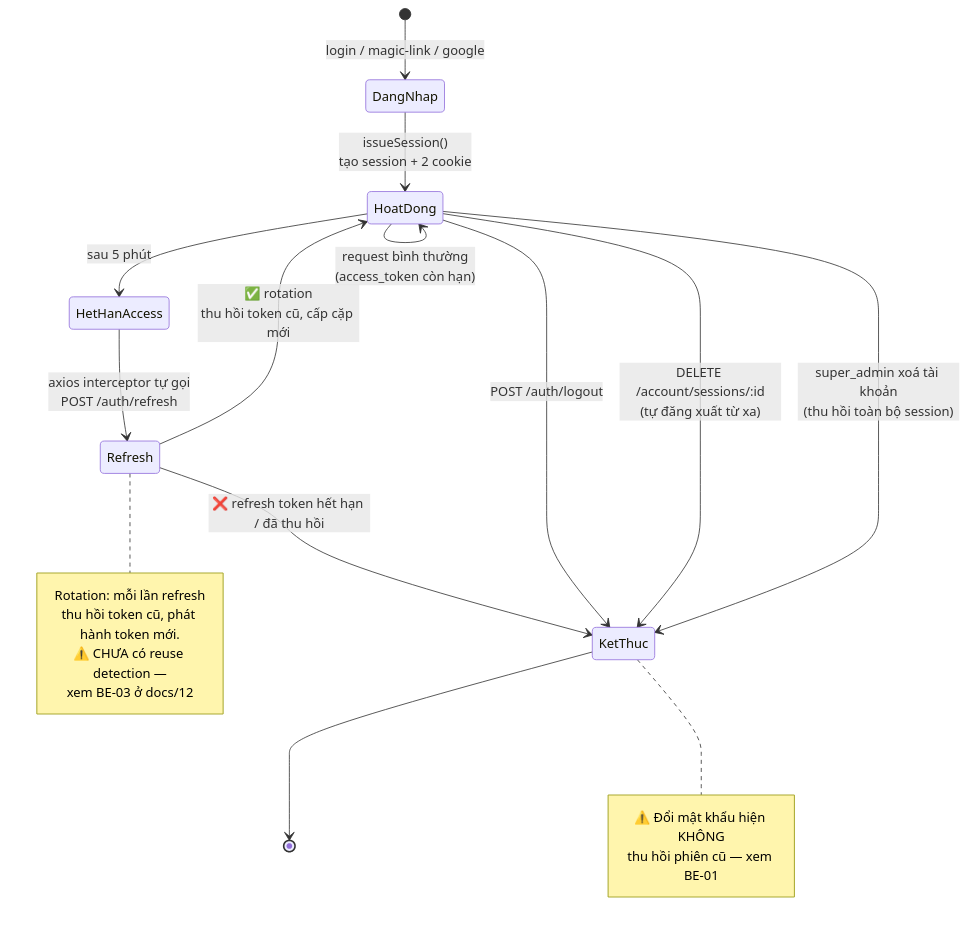
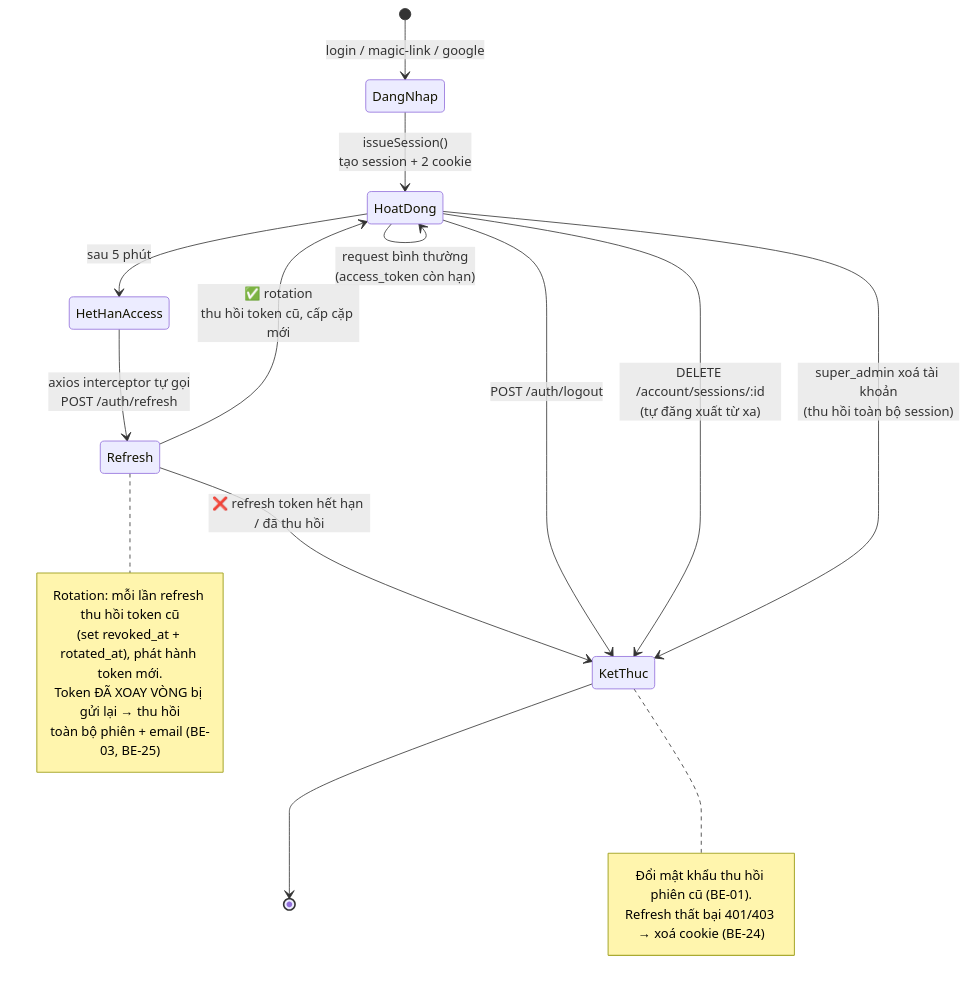
The second of 3 diagrams in docs/modules/core-auth.md (Hungvu0712/FLOWER), drawn with Mermaid before and after one commit. The commit also changed other lines of this file and 40 other files, not shown here.

````diff
--- a/docs/modules/core-auth.md
+++ b/docs/modules/core-auth.md
@@ -79,30 +79,30 @@
 ```mermaid
 stateDiagram-v2
     [*] --> DangNhap: login / magic-link / google
     DangNhap --> HoatDong: issueSession()<br/>tạo session + 2 cookie
 
     HoatDong --> HoatDong: request bình thường<br/>(access_token còn hạn)
     HoatDong --> HetHanAccess: sau 5 phút
 
     HetHanAccess --> Refresh: axios interceptor tự gọi<br/>POST /auth/refresh
     Refresh --> HoatDong: ✅ rotation<br/>thu hồi token cũ, cấp cặp mới
     Refresh --> KetThuc: ❌ refresh token hết hạn / đã thu hồi
 
     HoatDong --> KetThuc: POST /auth/logout
     HoatDong --> KetThuc: DELETE /account/sessions/:id<br/>(tự đăng xuất từ xa)
     HoatDong --> KetThuc: super_admin xoá tài khoản<br/>(thu hồi toàn bộ session)
 
     KetThuc --> [*]
 
     note right of Refresh
-        Rotation: mỗi lần refresh
-        thu hồi token cũ, phát hành token mới.
-        ⚠️ CHƯA có reuse detection —
-        xem BE-03 ở docs/12
+        Rotation: mỗi lần refresh thu hồi token cũ
+        (set revoked_at + rotated_at), phát hành token mới.
+        Token ĐÃ XOAY VÒNG bị gửi lại → thu hồi
+        toàn bộ phiên + email (BE-03, BE-25)
     end note
 
     note right of KetThuc
-        ⚠️ Đổi mật khẩu hiện KHÔNG
-        thu hồi phiên cũ — xem BE-01
+        Đổi mật khẩu thu hồi phiên cũ (BE-01).
+        Refresh thất bại 401/403 → xoá cookie (BE-24)
     end note
 ```
````
